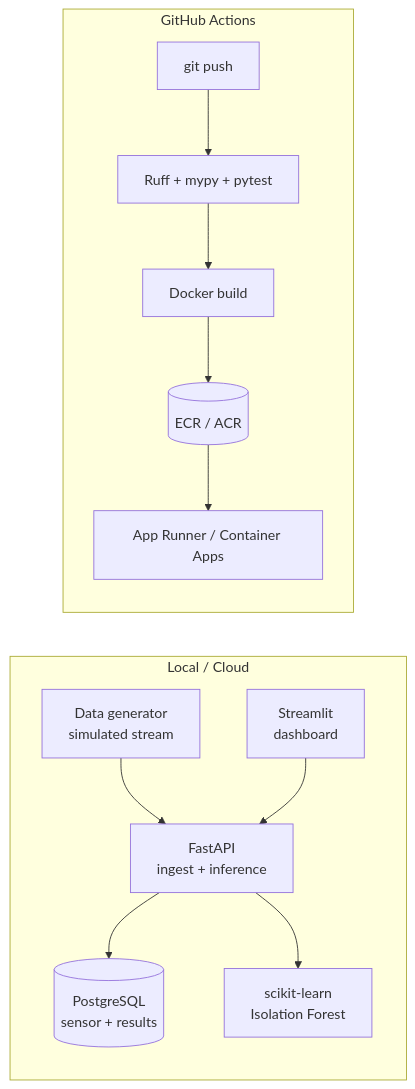
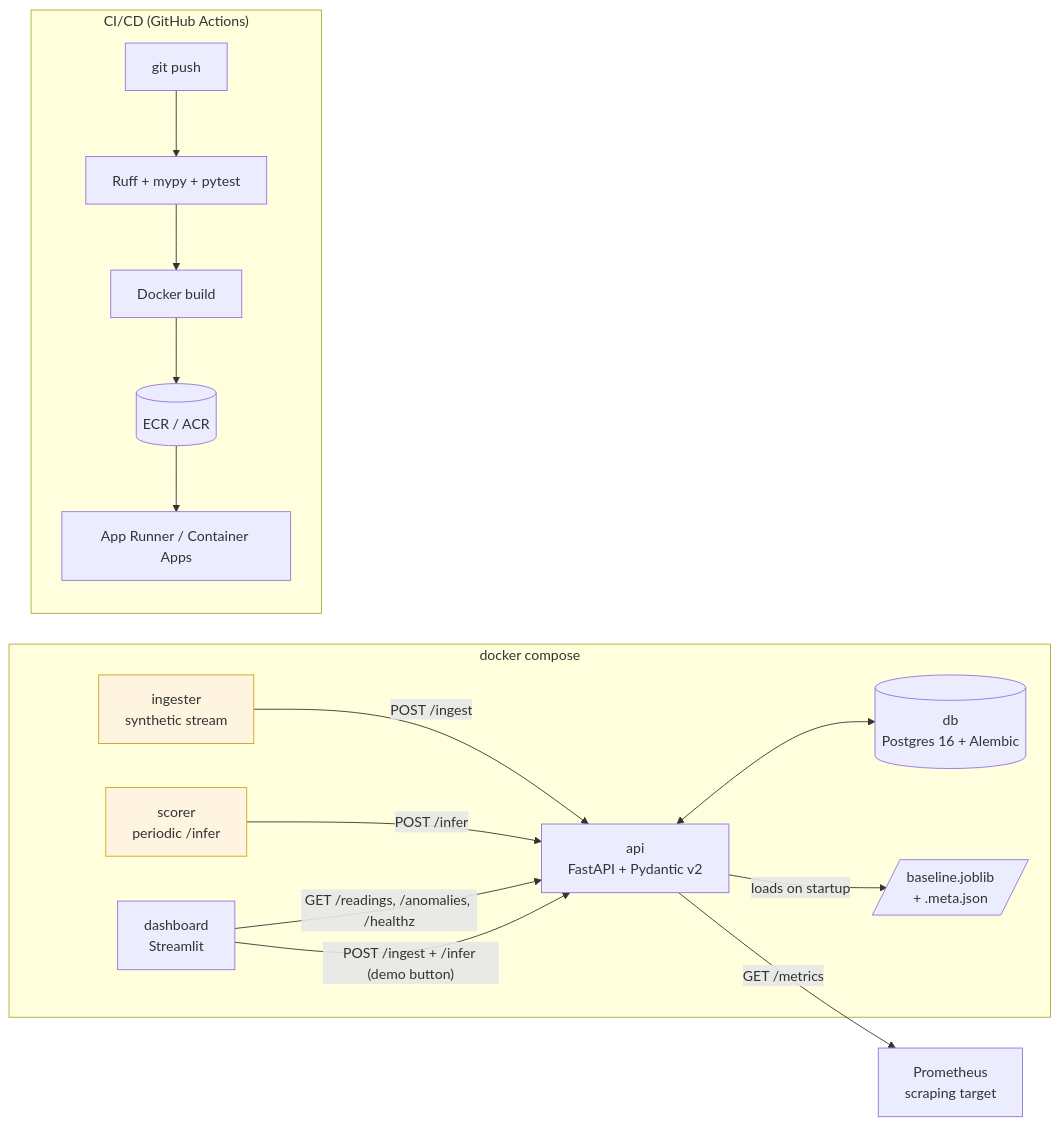
The first of 2 diagrams in README.md (eastani/factory-sensor-anomaly), drawn with Mermaid before and after one commit. The commit also changed other lines of this file and 5 other files, not shown here.

First line of the commit message:
docs: Phase C — demo polish (dashboard preview + diagrams + README)

````diff
--- a/README.md
+++ b/README.md
@@ -22,15 +55,28 @@
 ```mermaid
 flowchart LR
-    subgraph Local["Local / Cloud"]
-        Gen[Data generator<br/>simulated stream] --> API
-        API[FastAPI<br/>ingest + inference] --> DB[(PostgreSQL<br/>sensor + results)]
-        API --> Model[scikit-learn<br/>Isolation Forest]
-        UI[Streamlit<br/>dashboard] --> API
+    subgraph "docker compose"
+        Ingester[ingester<br/>synthetic stream]
+        Scorer[scorer<br/>periodic /infer]
+        UI[dashboard<br/>Streamlit]
+        API[api<br/>FastAPI + Pydantic v2]
+        DB[(db<br/>Postgres 16 + Alembic)]
+        Model[/baseline.joblib<br/>+ .meta.json/]
     end
-    subgraph CI["GitHub Actions"]
+    subgraph "CI/CD (GitHub Actions)"
         Push[git push] --> Lint[Ruff + mypy + pytest]
         Lint --> Build[Docker build]
         Build --> Registry[(ECR / ACR)]
         Registry --> Deploy[App Runner / Container Apps]
     end
+
+    Ingester -- POST /ingest --> API
+    Scorer -- POST /infer --> API
+    UI -- GET /readings, /anomalies, /healthz --> API
+    UI -- POST /ingest + /infer (demo button) --> API
+    API <--> DB
+    API -- loads on startup --> Model
+    API -- GET /metrics --> Prom[Prometheus<br/>scraping target]
+
+    classDef sidecar fill:#fff4e0,stroke:#d4a017
+    class Ingester,Scorer sidecar
 ```
````
